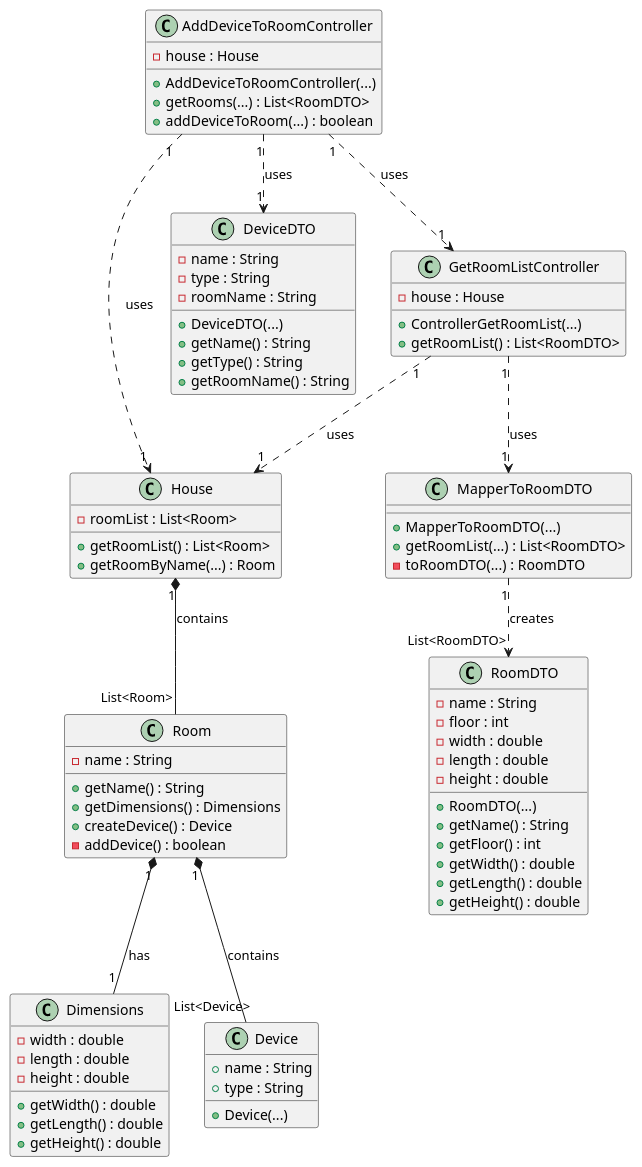
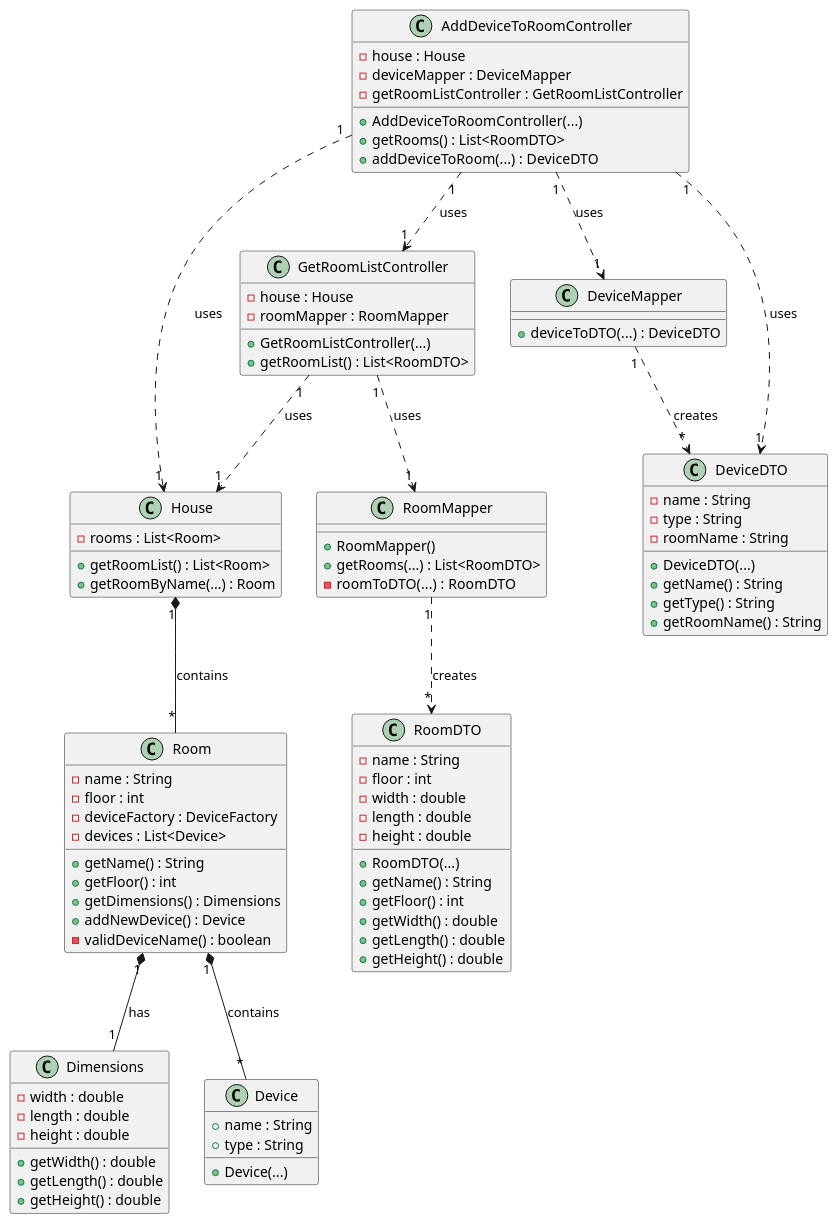
One commit to ozepedrorodrigues/projetoIntermedio changed the diagram in projetoIntermedio/docs/class/useCase/UC05/UC05.puml. Above: the diagram before and after it, drawn with PlantUML. The commit also changed 3 other files, not shown here.

Commit message:
controller 5 update & diagrams

```diff
--- a/projetoIntermedio/docs/class/useCase/UC05/UC05.puml
+++ b/projetoIntermedio/docs/class/useCase/UC05/UC05.puml
@@ -1,89 +1,100 @@
 @startuml
 
 class House {
-    - roomList : List<Room>
+    - rooms : List<Room>
     + getRoomList() : List<Room>
     + getRoomByName(...) : Room
 }
 
 class Room {
     - name : String
+    - floor : int
+    - deviceFactory : DeviceFactory
+    - devices : List<Device>
     + getName() : String
+    + getFloor() : int
     + getDimensions() : Dimensions
-    + createDevice() : Device
-    - addDevice() : boolean
+    + addNewDevice() : Device
+    - validDeviceName() : boolean
 }
 
 class Dimensions{
     - width : double
     - length : double
     - height : double
 
     + getWidth() : double
     + getLength() : double
     + getHeight() : double
 }
 
 class Device{
     + name : String
     + type : String
 
     + Device(...)
 }
 
 class DeviceDTO {
     - name : String
     - type : String
     - roomName : String
     + DeviceDTO(...)
     + getName() : String
     + getType() : String
     + getRoomName() : String
 }
 
 class AddDeviceToRoomController {
     - house : House
+    - deviceMapper : DeviceMapper
+    - getRoomListController : GetRoomListController
     + AddDeviceToRoomController(...)
-    + getRooms(...) : List<RoomDTO>
-    + addDeviceToRoom(...) : boolean
+    + getRooms() : List<RoomDTO>
+    + addDeviceToRoom(...) : DeviceDTO
 }
 
 class GetRoomListController {
     - house : House
-    + ControllerGetRoomList(...)
+    - roomMapper : RoomMapper
+    + GetRoomListController(...)
     + getRoomList() : List<RoomDTO>
 }
 
-class MapperToRoomDTO {
+class DeviceMapper {
+    + deviceToDTO(...) : DeviceDTO
+}
 
-    + MapperToRoomDTO(...)
-    + getRoomList(...) : List<RoomDTO>
-    - toRoomDTO(...) : RoomDTO
+class RoomMapper {
+    + RoomMapper()
+    + getRooms(...) : List<RoomDTO>
+    - roomToDTO(...) : RoomDTO
 }
 
 class RoomDTO {
     - name : String
     - floor : int
     - width : double
     - length : double
     - height : double
-
     + RoomDTO(...)
     + getName() : String
     + getFloor() : int
     + getWidth() : double
     + getLength() : double
     + getHeight() : double
 }
 
 AddDeviceToRoomController "1" ..> "1" House : uses
 GetRoomListController "1" ..> "1" House : uses
-House "1" *-- "List<Room>" Room : contains
-Room "1" *-- "List<Device>" Device : contains
+House "1" *-- "*" Room : contains
+AddDeviceToRoomController "1" ..> "1" DeviceMapper : uses
+DeviceMapper "1" ..> "*" DeviceDTO : creates
+Room "1" *-- "*" Device : contains
 AddDeviceToRoomController "1" ..> "1" GetRoomListController : uses
 AddDeviceToRoomController "1" ..> "1" DeviceDTO : uses
-GetRoomListController "1" ..> "1" MapperToRoomDTO : uses
-MapperToRoomDTO "1" ..> "List<RoomDTO>" RoomDTO : creates
+GetRoomListController "1" ..> "1" RoomMapper : uses
+RoomMapper "1" ..> "*" RoomDTO : creates
 Room "1" *-- "1" Dimensions : has
 
 @enduml
```
